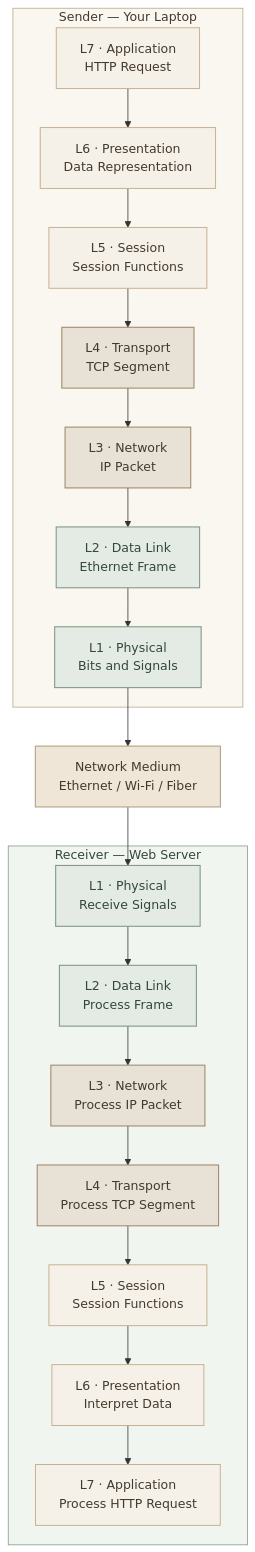
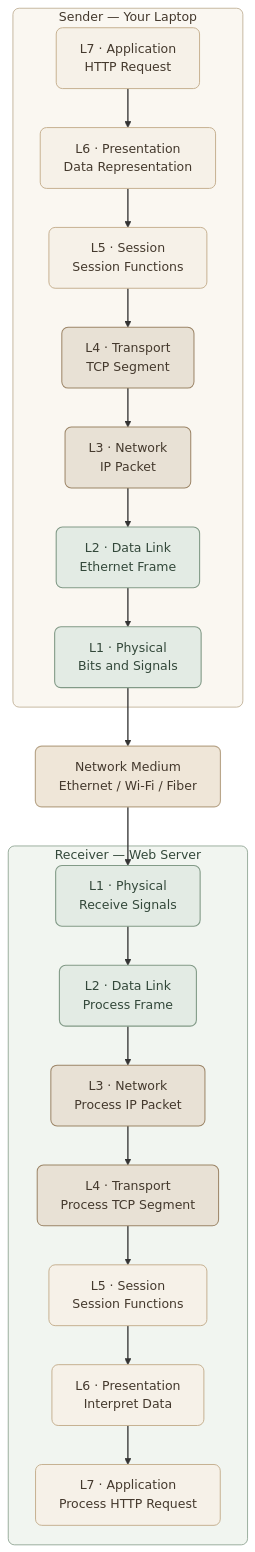
The first of 2 diagrams in content/networking/osi-model.mdx (mustafammasoud/ops-handbook), drawn with Mermaid before and after one commit. The commit also changed other lines of this file and 7 other files, not shown here.

````diff
--- a/content/networking/osi-model.mdx
+++ b/content/networking/osi-model.mdx
@@ -216,43 +216,44 @@
 ```mermaid
 flowchart TB
     subgraph Sender["Sender — Your Laptop"]
         A7["L7 · Application<br/>HTTP Request"]
         A6["L6 · Presentation<br/>Data Representation"]
         A5["L5 · Session<br/>Session Functions"]
         A4["L4 · Transport<br/>TCP Segment"]
         A3["L3 · Network<br/>IP Packet"]
         A2["L2 · Data Link<br/>Ethernet Frame"]
         A1["L1 · Physical<br/>Bits and Signals"]
 
         A7 --> A6 --> A5 --> A4 --> A3 --> A2 --> A1
     end
 
     LINK["Network Medium<br/>Ethernet / Wi-Fi / Fiber"]
 
     subgraph Receiver["Receiver — Web Server"]
         B1["L1 · Physical<br/>Receive Signals"]
         B2["L2 · Data Link<br/>Process Frame"]
         B3["L3 · Network<br/>Process IP Packet"]
         B4["L4 · Transport<br/>Process TCP Segment"]
         B5["L5 · Session<br/>Session Functions"]
         B6["L6 · Presentation<br/>Interpret Data"]
         B7["L7 · Application<br/>Process HTTP Request"]
 
         B1 --> B2 --> B3 --> B4 --> B5 --> B6 --> B7
     end
 
     A1 --> LINK --> B1
 
-    classDef upper fill:#F6F1E8,stroke:#C3AD8C,color:#44392D,stroke-width:1.2px
-    classDef middle fill:#E8E1D5,stroke:#9C8567,color:#44392D,stroke-width:1.3px
-    classDef lower fill:#E3EBE4,stroke:#829A87,color:#33483A,stroke-width:1.4px
-    classDef medium fill:#EFE6D8,stroke:#B9A68A,color:#44392D,stroke-width:1.5px
+    classDef upper fill:#F6F1E8,stroke:#C3AD8C,color:#44392D,stroke-width:1.2px,rx:8,ry:8
+    classDef middle fill:#E8E1D5,stroke:#9C8567,color:#44392D,stroke-width:1.3px,rx:8,ry:8
+    classDef lower fill:#E3EBE4,stroke:#829A87,color:#33483A,stroke-width:1.4px,rx:8,ry:8
+    classDef medium fill:#EFE6D8,stroke:#B9A68A,color:#44392D,stroke-width:1.5px,rx:8,ry:8
 
     class A7,A6,A5,B5,B6,B7 upper
     class A4,A3,B3,B4 middle
     class A1,A2,B1,B2 lower
     class LINK medium
 
-    style Sender fill:#FAF7F1,stroke:#B9A68A,color:#44392D
-    style Receiver fill:#F1F5F0,stroke:#829A87,color:#33483A
+    style Sender fill:#FAF7F1,stroke:#B9A68A,color:#44392D,rx:8,ry:8
+    style Receiver fill:#F1F5F0,stroke:#829A87,color:#33483A,rx:8,ry:8
+    linkStyle default stroke-width:1.7px
 ```
````
